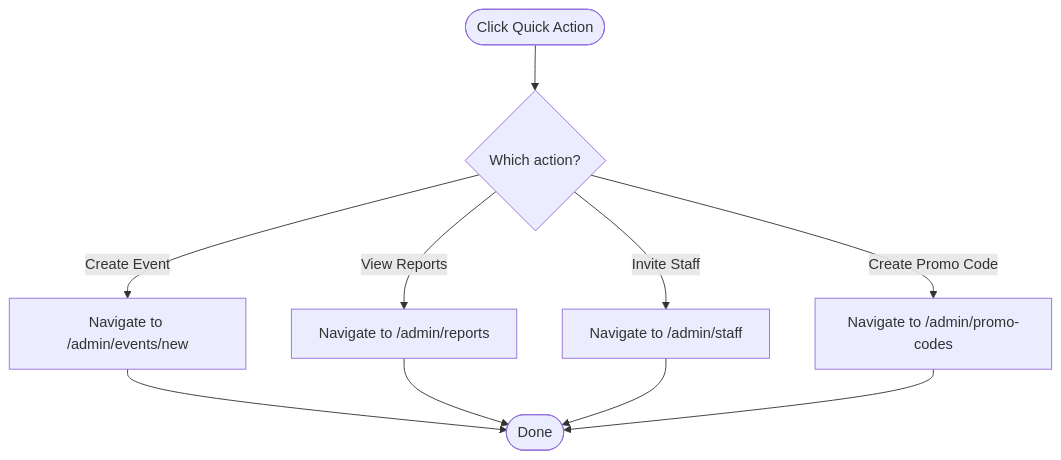
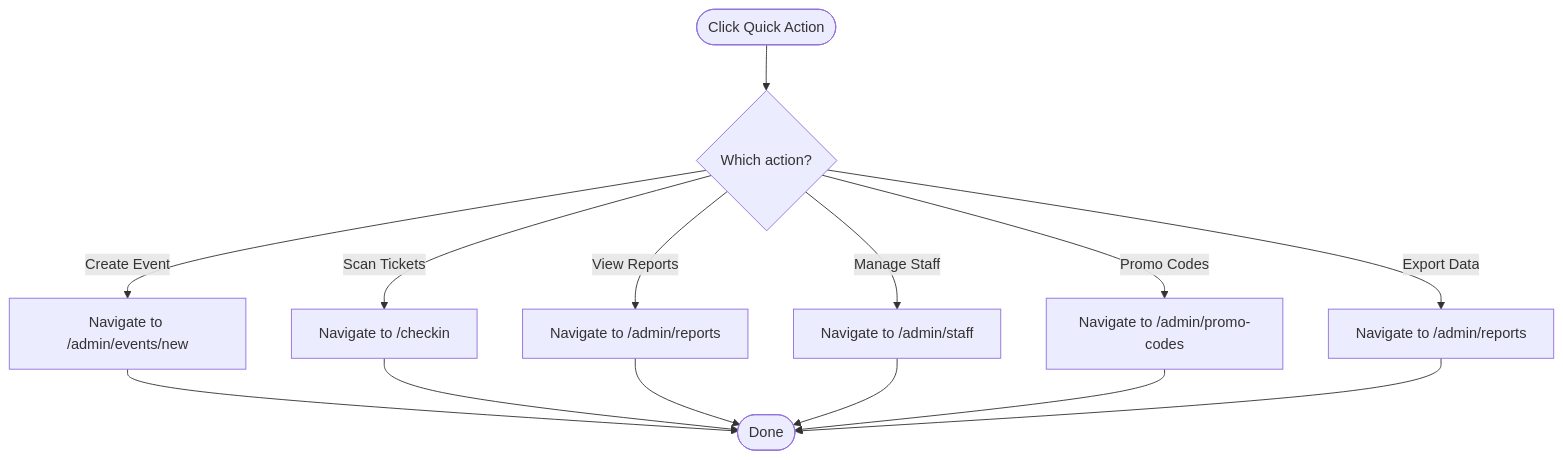
Before and after one commit to ObeyMuchechesi/TicketFlow: the fourth of 11 diagrams in .qoder/repowiki/en/content/Admin Dashboard/Dashboard Overview.md, drawn with Mermaid. The commit also changed other lines of this file and 12 other files, not shown here.

First line of the commit message:
docs: EcoCash schema columns and project documentation refresh

````diff
--- a/.qoder/repowiki/en/content/Admin Dashboard/Dashboard Overview.md
+++ b/.qoder/repowiki/en/content/Admin Dashboard/Dashboard Overview.md
@@ -152,12 +174,16 @@
 ```mermaid
 flowchart TD
 Start(["Click Quick Action"]) --> Route{"Which action?"}
 Route --> |Create Event| NewEvent["Navigate to /admin/events/new"]
+Route --> |Scan Tickets| Scanner["Navigate to /checkin"]
 Route --> |View Reports| Reports["Navigate to /admin/reports"]
-Route --> |Invite Staff| Staff["Navigate to /admin/staff"]
-Route --> |Create Promo Code| Promo["Navigate to /admin/promo-codes"]
+Route --> |Manage Staff| Staff["Navigate to /admin/staff"]
+Route --> |Promo Codes| Promo["Navigate to /admin/promo-codes"]
+Route --> |Export Data| Export["Navigate to /admin/reports"]
 NewEvent --> End(["Done"])
+Scanner --> End
 Reports --> End
 Staff --> End
 Promo --> End
+Export --> End
 ```
````
